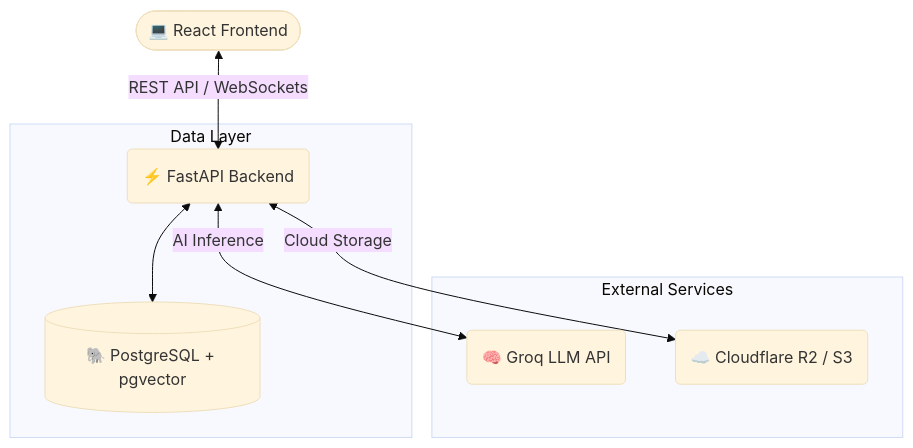
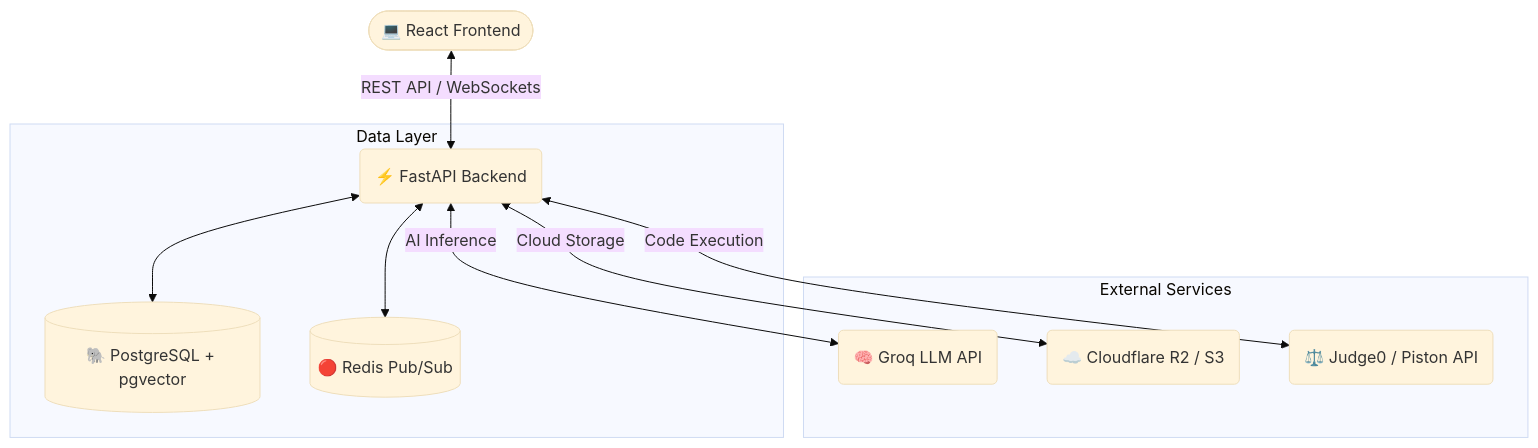
One commit to nandiprasadkm18/intallcamp changed the diagram in README.md. Above: the diagram before and after it, drawn with Mermaid (base theme). The commit also changed other lines of this file, not shown here.

````diff
--- a/README.md
+++ b/README.md
@@ -24,13 +46,15 @@
 ```mermaid
 graph TD
     Client([💻 React Frontend]) <-->|REST API / WebSockets| API(⚡ FastAPI Backend)
     
     subgraph Data Layer
         API <--> DB[(🐘 PostgreSQL + pgvector)]
+        API <--> Redis[(🔴 Redis Pub/Sub)]
     end
     
     subgraph External Services
         API <-->|AI Inference| Groq(🧠 Groq LLM API)
         API <-->|Cloud Storage| R2(☁️ Cloudflare R2 / S3)
+        API <-->|Code Execution| Judge(⚖️ Judge0 / Piston API)
     end
 ```
````
